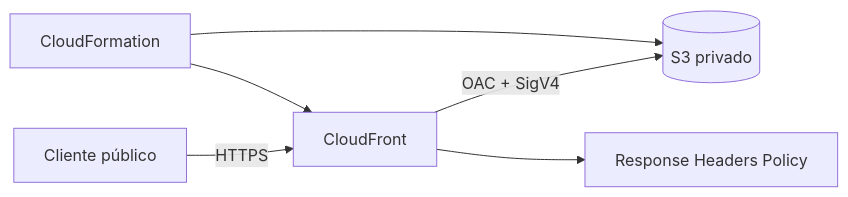
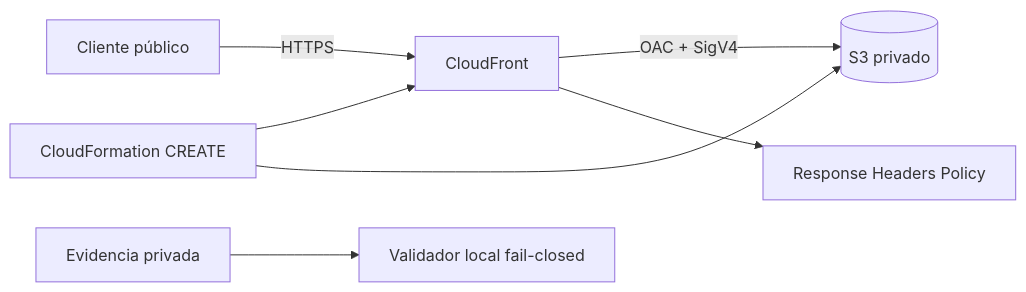
The second of 2 diagrams in docs/ARCHITECTURE.md (ErickrU/calculadora-varillas-pwa), drawn with Mermaid before and after one commit. The commit also changed other lines of this file and 35 other files, not shown here.

````diff
--- a/docs/ARCHITECTURE.md
+++ b/docs/ARCHITECTURE.md
@@ -46,8 +46,9 @@
 ```mermaid
 flowchart LR
     U[Cliente público] -->|HTTPS| CF[CloudFront]
     CF -->|OAC + SigV4| S3[(S3 privado)]
     CF --> H[Response Headers Policy]
-    IAC[CloudFormation] --> CF
+    IAC[CloudFormation CREATE] --> CF
     IAC --> S3
+    E[Evidencia privada] --> V[Validador local fail-closed]
 ```
````
